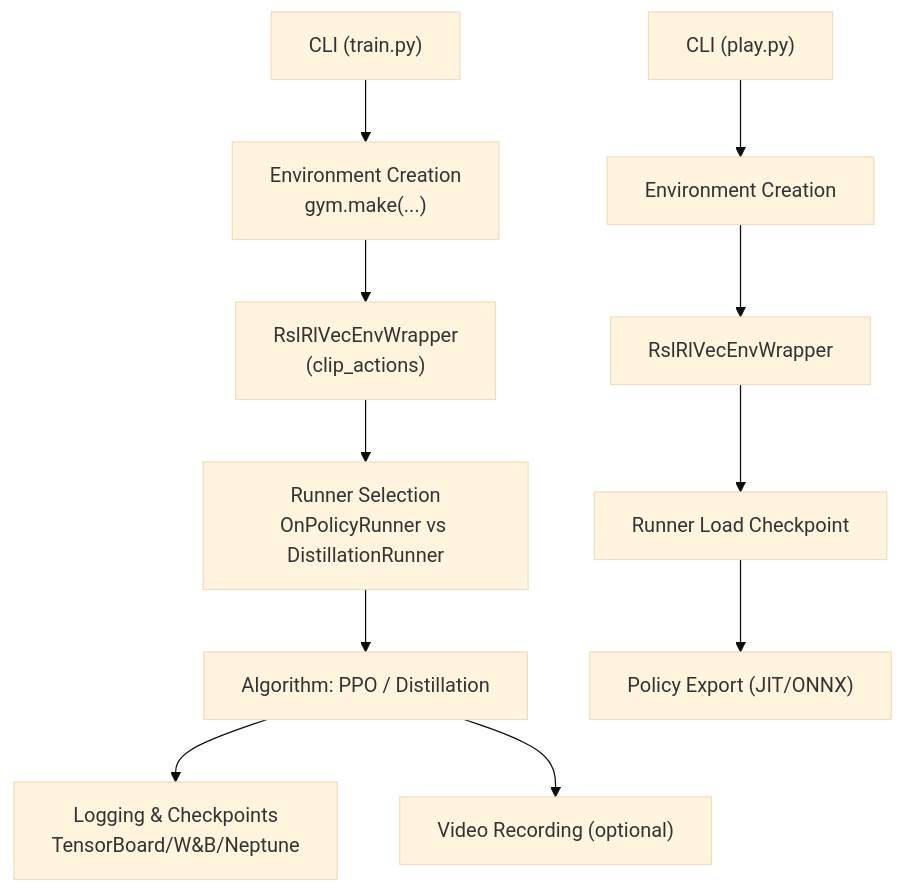
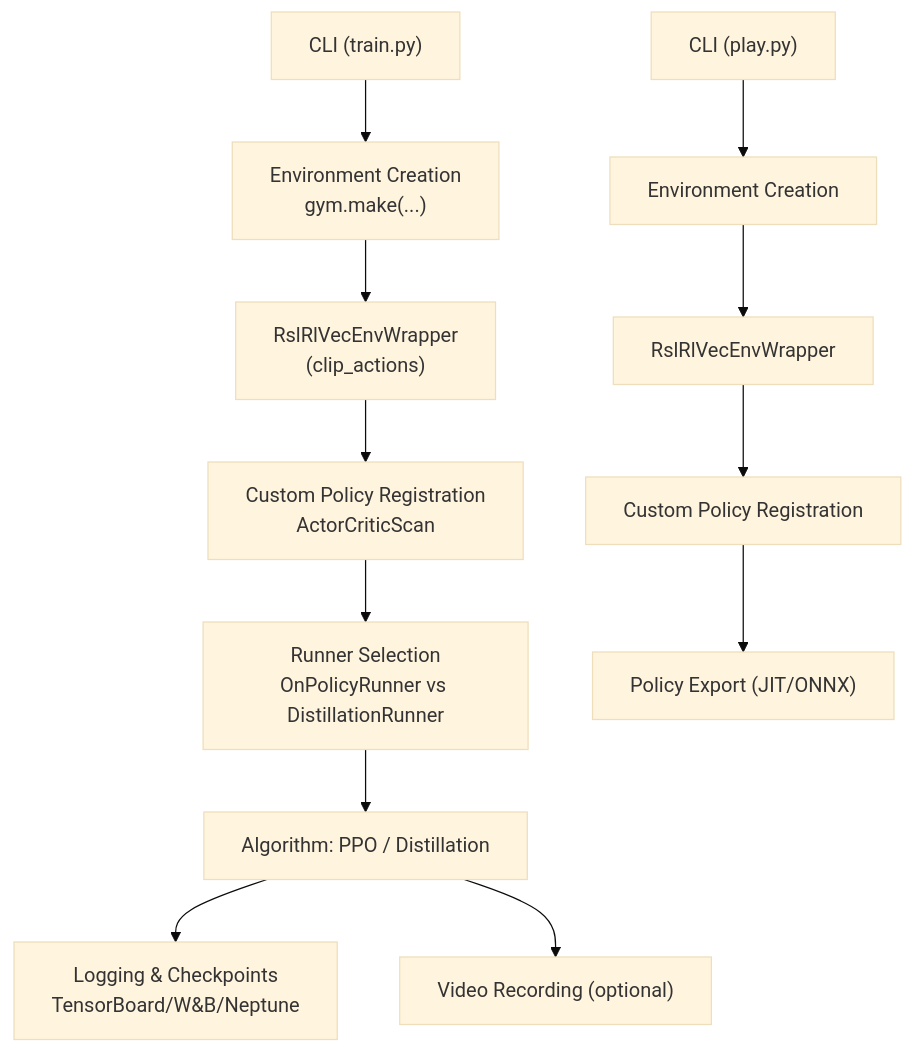
Before and after one commit to jayjayhust/robot_lab: the first of 7 diagrams in .qoder/repowiki/en/content/Training Pipeline Architecture/RSL-RL Training System.md, drawn with Mermaid (base theme). The commit also changed other lines of this file and 17 other files, not shown here.

````diff
--- a/.qoder/repowiki/en/content/Training Pipeline Architecture/RSL-RL Training System.md
+++ b/.qoder/repowiki/en/content/Training Pipeline Architecture/RSL-RL Training System.md
@@ -55,13 +62,14 @@
 ```mermaid
 graph TB
 A["CLI (train.py)"] --> B["Environment Creation<br/>gym.make(...)"]
 B --> C["RslRlVecEnvWrapper<br/>(clip_actions)"]
-C --> D["Runner Selection<br/>OnPolicyRunner vs DistillationRunner"]
-D --> E["Algorithm: PPO / Distillation"]
-E --> F["Logging & Checkpoints<br/>TensorBoard/W&B/Neptune"]
-E --> G["Video Recording (optional)"]
+C --> D["Custom Policy Registration<br/>ActorCriticScan"]
+D --> E["Runner Selection<br/>OnPolicyRunner vs DistillationRunner"]
+E --> F["Algorithm: PPO / Distillation"]
+F --> G["Logging & Checkpoints<br/>TensorBoard/W&B/Neptune"]
+F --> H["Video Recording (optional)"]
 A2["CLI (play.py)"] --> B2["Environment Creation"]
 B2 --> C2["RslRlVecEnvWrapper"]
-C2 --> D2["Runner Load Checkpoint"]
-D2 --> H["Policy Export (JIT/ONNX)"]
+C2 --> D2["Custom Policy Registration"]
+D2 --> H2["Policy Export (JIT/ONNX)"]
 ```
````
